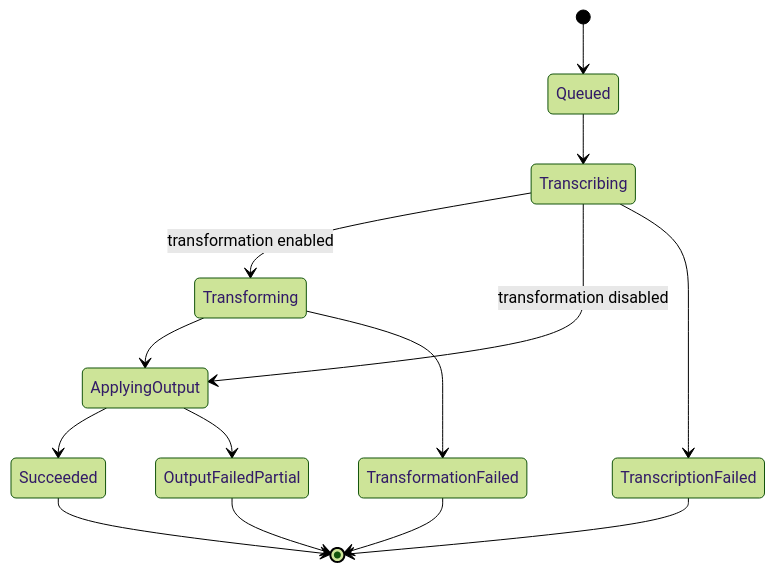
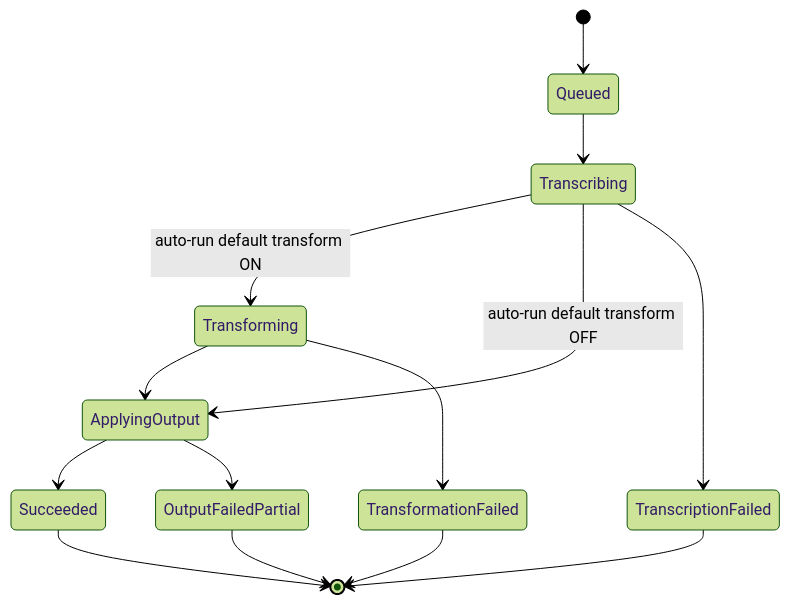
One commit to massun-onibakuchi/speech-to-text-app changed the fourth of 8 diagrams in specs/spec.md. Above: the diagram before and after it, drawn with Mermaid (forest theme). The commit also changed other lines of this file, not shown here.

````diff
--- a/specs/spec.md
+++ b/specs/spec.md
@@ -504,16 +521,16 @@
 ```mermaid
 stateDiagram-v2
   [*] --> Queued
   Queued --> Transcribing
-  Transcribing --> Transforming: transformation enabled
-  Transcribing --> ApplyingOutput: transformation disabled
+  Transcribing --> Transforming: auto-run default transform ON
+  Transcribing --> ApplyingOutput: auto-run default transform OFF
   Transforming --> ApplyingOutput
   ApplyingOutput --> Succeeded
   Transcribing --> TranscriptionFailed
   Transforming --> TransformationFailed
   ApplyingOutput --> OutputFailedPartial
   Succeeded --> [*]
   TranscriptionFailed --> [*]
   TransformationFailed --> [*]
   OutputFailedPartial --> [*]
 ```
````
